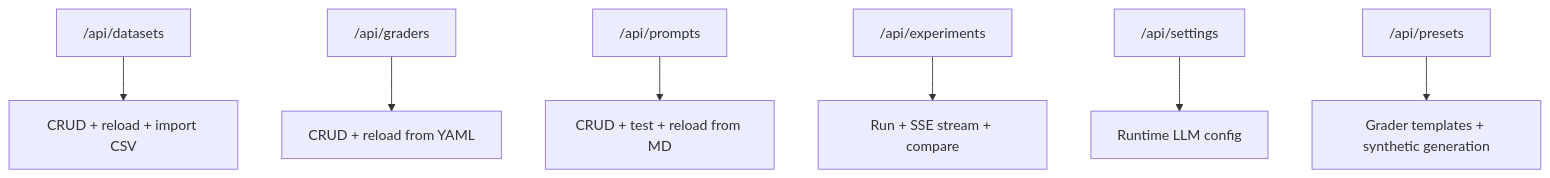
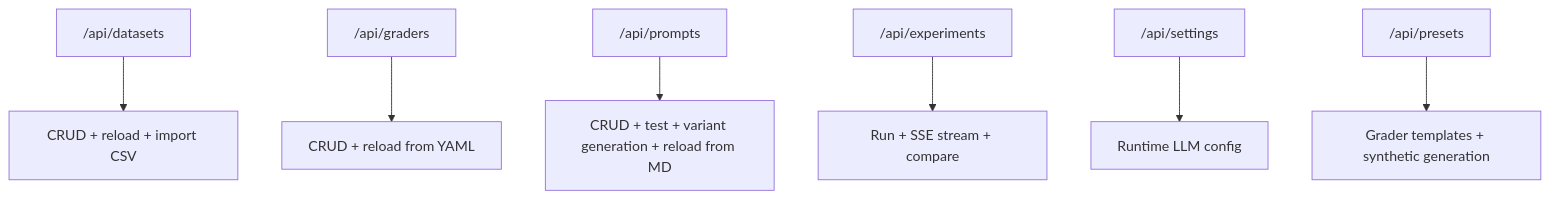
One commit to framersai/agentos-live-docs changed the sixth of 6 diagrams in packages/fullstack-evals-harness-example/ARCHITECTURE.md. Above: the diagram before and after it, drawn with Mermaid. The commit also changed other lines of this file and 12 other files, not shown here.

````diff
--- a/packages/fullstack-evals-harness-example/ARCHITECTURE.md
+++ b/packages/fullstack-evals-harness-example/ARCHITECTURE.md
@@ -283,9 +284,9 @@
 ```mermaid
 graph TD
     A["/api/datasets"] --> B[CRUD + reload + import CSV]
     C["/api/graders"] --> D[CRUD + reload from YAML]
-    K["/api/prompts"] --> L[CRUD + test + reload from MD]
+    K["/api/prompts"] --> L[CRUD + test + variant generation + reload from MD]
     E["/api/experiments"] --> F[Run + SSE stream + compare]
     G["/api/settings"] --> H[Runtime LLM config]
     I["/api/presets"] --> J[Grader templates + synthetic generation]
 ```
````
